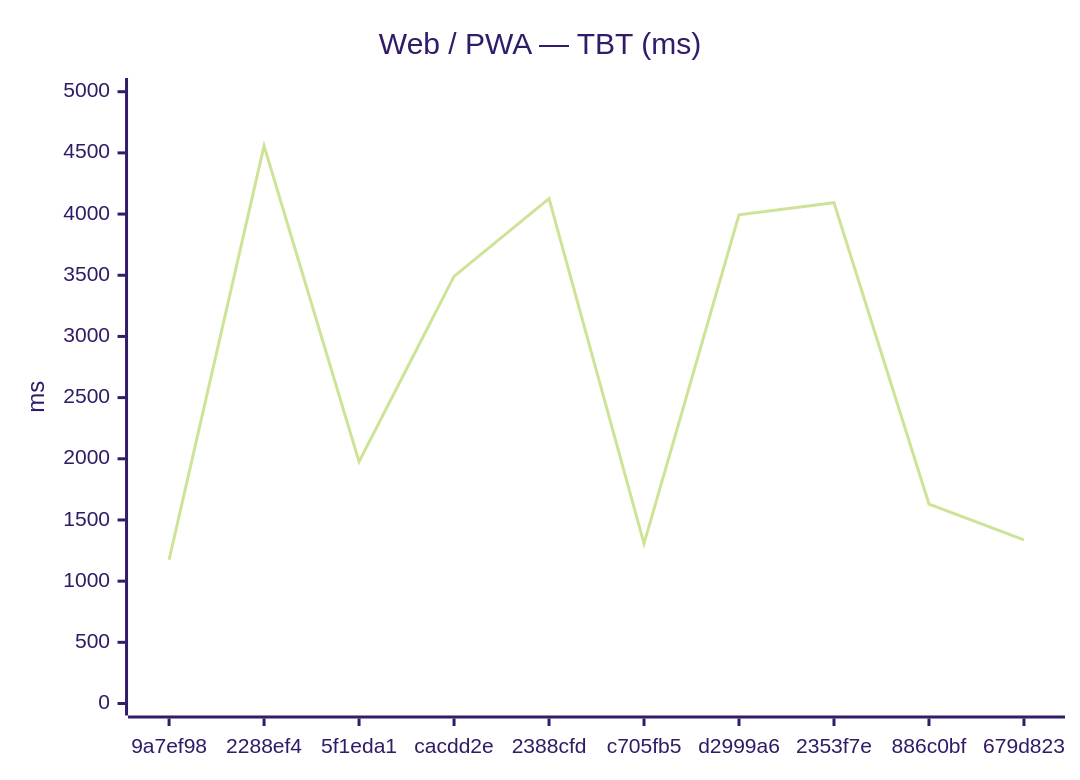
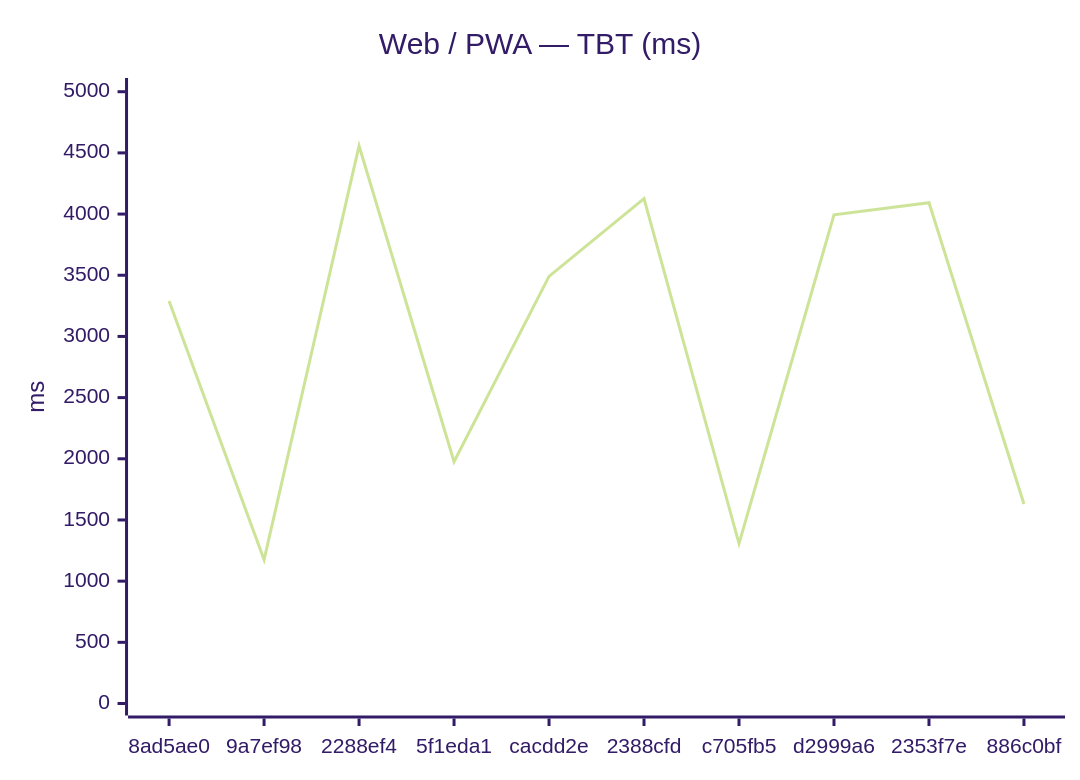
One commit to Metaheurist/Rianell changed the second of 12 diagrams in benchmarks/compare.md. Above: the diagram before and after it, drawn with Mermaid (forest theme). The commit also changed other lines of this file and 8 other files, not shown here.

````diff
--- a/benchmarks/compare.md
+++ b/benchmarks/compare.md
@@ -31,7 +31,7 @@
 ```mermaid
 xychart-beta
     title "Web / PWA — TBT (ms)"
-    x-axis ["9a7ef98", "2288ef4", "5f1eda1", "cacdd2e", "2388cfd", "c705fb5", "d2999a6", "2353f7e", "886c0bf", "679d823"]
+    x-axis ["8ad5ae0", "9a7ef98", "2288ef4", "5f1eda1", "cacdd2e", "2388cfd", "c705fb5", "d2999a6", "2353f7e", "886c0bf"]
     y-axis "ms" 0 --> 5014
-    line [1175, 4558, 1976, 3491, 4127, 1307, 3994, 4093, 1630, 1338]
+    line [3289, 1175, 4558, 1976, 3491, 4127, 1307, 3994, 4093, 1630]
 ```
````
